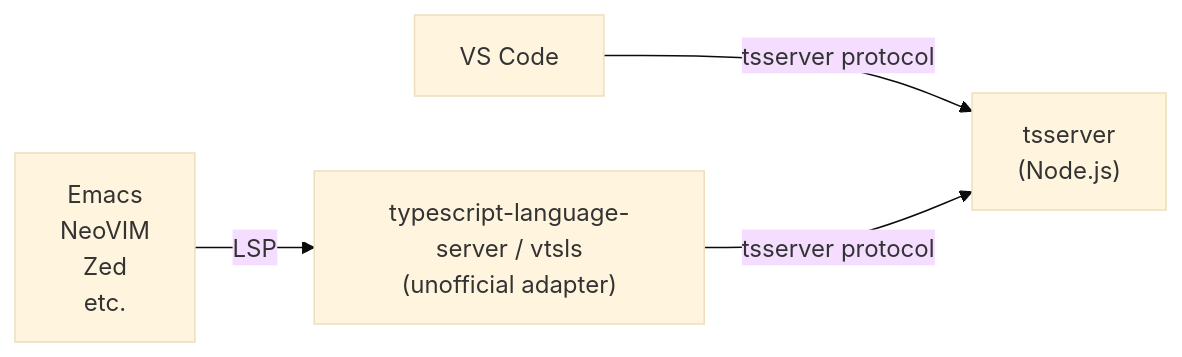
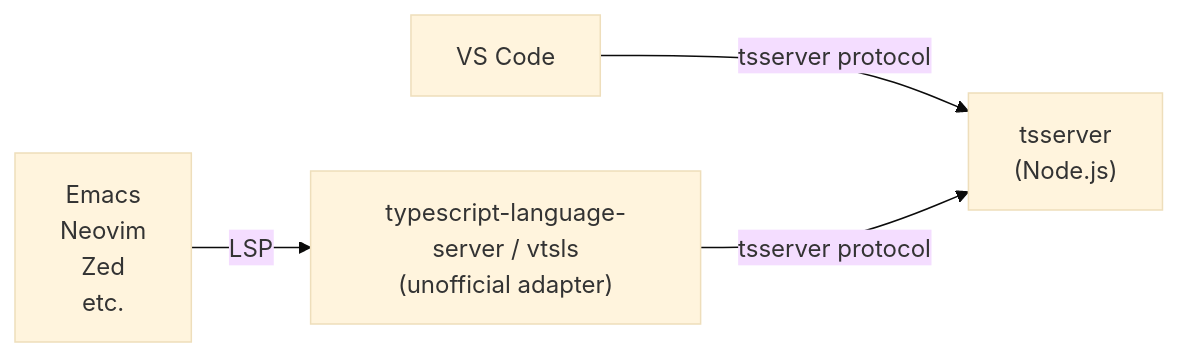
Before and after one commit to hupf/techkafi-typescript7: the first of 5 diagrams in slides.md, drawn with Mermaid (base theme). The commit also changed other lines of this file, not shown here.

````diff
--- a/slides.md
+++ b/slides.md
@@ -295,11 +295,11 @@
 ```mermaid
 flowchart LR
     vscode[VS Code]
-    editor["Emacs<br>NeoVIM<br>Zed<br>etc."]
+    editor["Emacs<br>Neovim<br>Zed<br>etc."]
     tsls["typescript-language-server / vtsls<br>(unofficial adapter)"]
     tsserver["tsserver<br>(Node.js)"]
 
     vscode --> |tsserver protocol| tsserver
     editor --> |LSP| tsls
     tsls --> |tsserver protocol| tsserver
 ```
````
